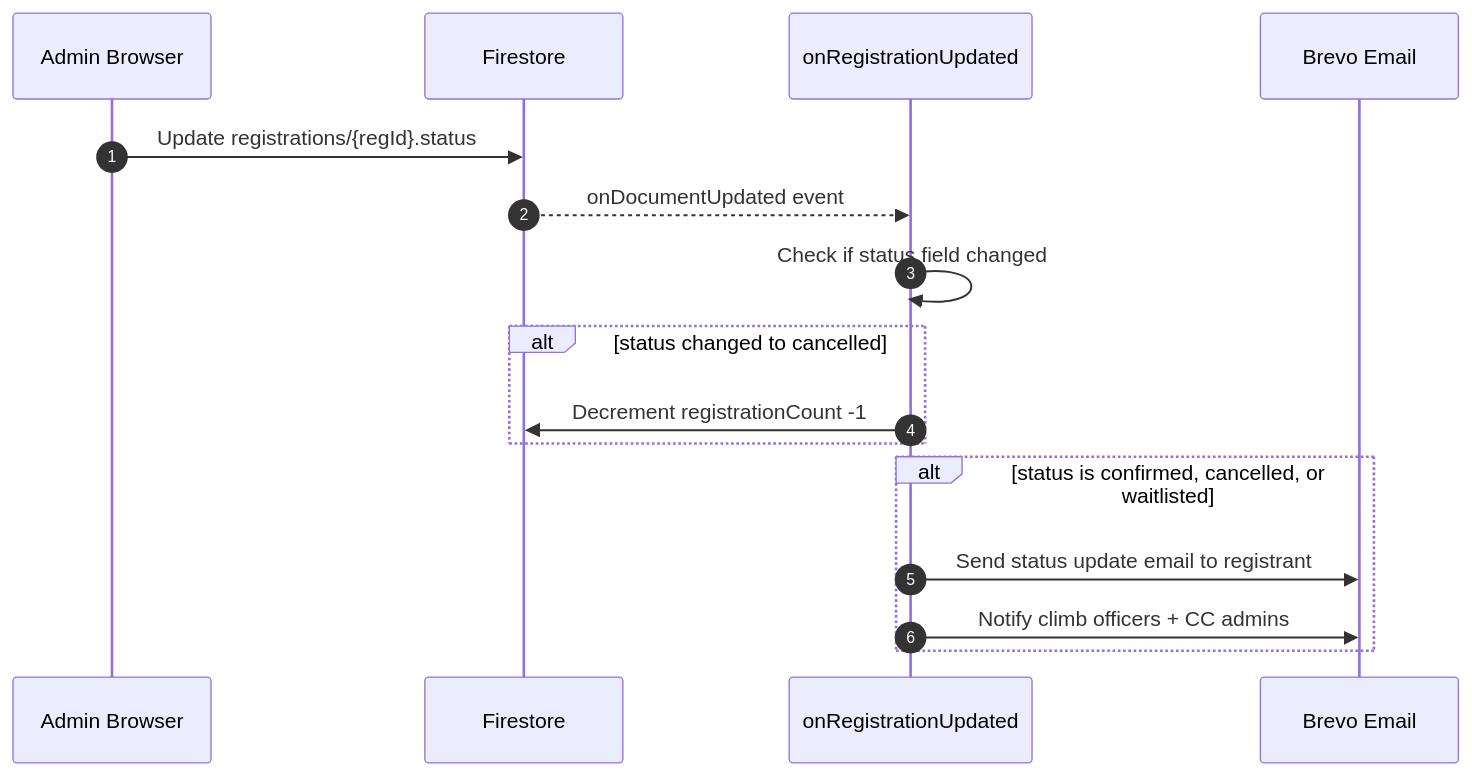
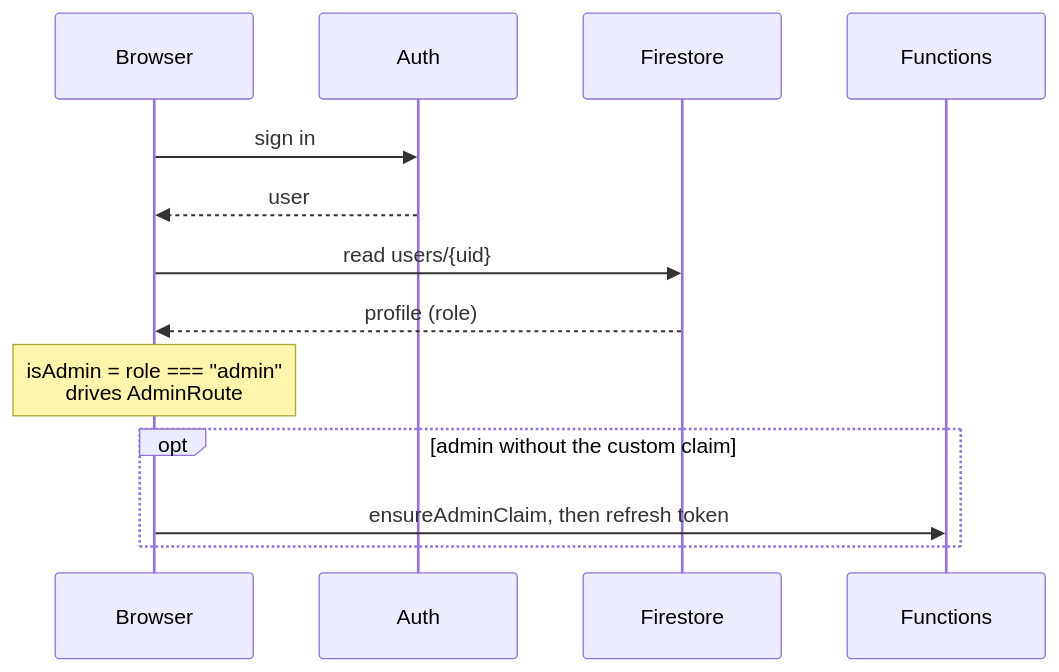
One commit to Oweeboi011/mms-open-climbs changed the third of 3 diagrams in docs/guides/ARCHITECTURE.md. Above: the diagram before and after it, drawn with Mermaid. The commit also changed other lines of this file and 16 other files, not shown here.

````diff
--- a/docs/guides/ARCHITECTURE.md
+++ b/docs/guides/ARCHITECTURE.md
@@ -298,19 +70,15 @@
 ```mermaid
 sequenceDiagram
-    autonumber
-    participant A as Admin Browser
-    participant FS as Firestore
-    participant CF as onRegistrationUpdated
-    participant EM as Brevo Email
-
-    A->>FS: Update registrations/{regId}.status
-    FS-->>CF: onDocumentUpdated event
-    CF->>CF: Check if status field changed
-    alt status changed to cancelled
-        CF->>FS: Decrement registrationCount -1
-    end
-    alt status is confirmed, cancelled, or waitlisted
-        CF->>EM: Send status update email to registrant
-        CF->>EM: Notify climb officers + CC admins
+    participant B as Browser
+    participant A as Auth
+    participant F as Firestore
+    participant C as Functions
+    B->>A: sign in
+    A-->>B: user
+    B->>F: read users/{uid}
+    F-->>B: profile (role)
+    Note over B: isAdmin = role === "admin"<br/>drives AdminRoute
+    opt admin without the custom claim
+        B->>C: ensureAdminClaim, then refresh token
     end
 ```
````
